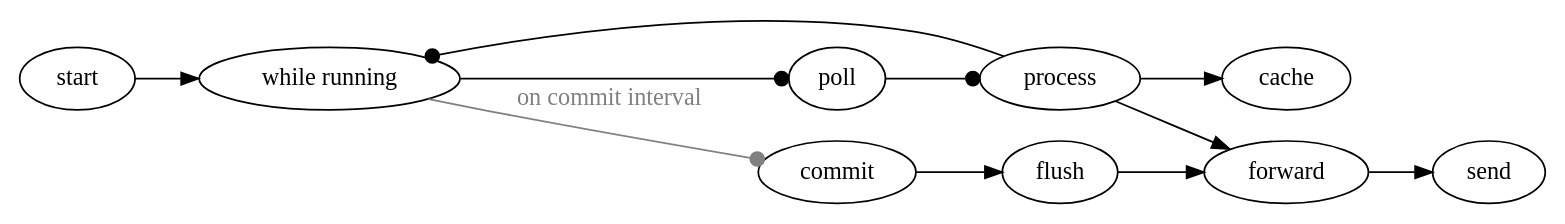
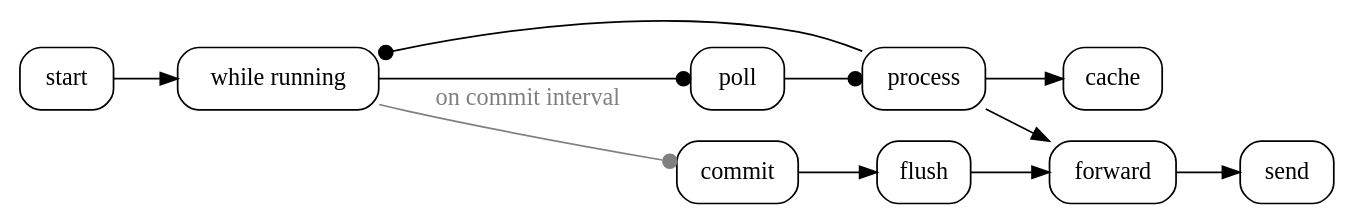
Before and after one commit to inponomarev/kstreams-testing-pitfalls: diagram 20 of 28 in slides/src/main/asciidoc/lecture.adoc, drawn with Graphviz. The commit also changed other lines of this file and 1 other file, not shown here.

Commit message:
diagram tweaks

```diff
--- a/slides/src/main/asciidoc/lecture.adoc
+++ b/slides/src/main/asciidoc/lecture.adoc
@@ -895,26 +888,27 @@
-[graphviz,"streamsLoop.png"]
+[graphviz,"streamsloop.png"]
 ----
 digraph G {
 rankdir="LR";
+node[shape="box"; style="rounded"];
 start [];
 runLoop [label="while running", ];
 poll [];
 process [];
 cache [];
 forward [];
 send [];
 commit [];
 flush [];
 
 start -> runLoop;
 runLoop -> poll [arrowhead="dot"];
 poll -> process [arrowhead="dot"];
 process -> forward;
 process -> cache;
 forward -> send;
 process -> runLoop [arrowhead="dot"];
 commit -> flush;
 flush -> forward;
 runLoop -> commit [arrowhead="dot", label="on commit interval", color="grey", fontcolor="grey"];
 }
 ----
```
